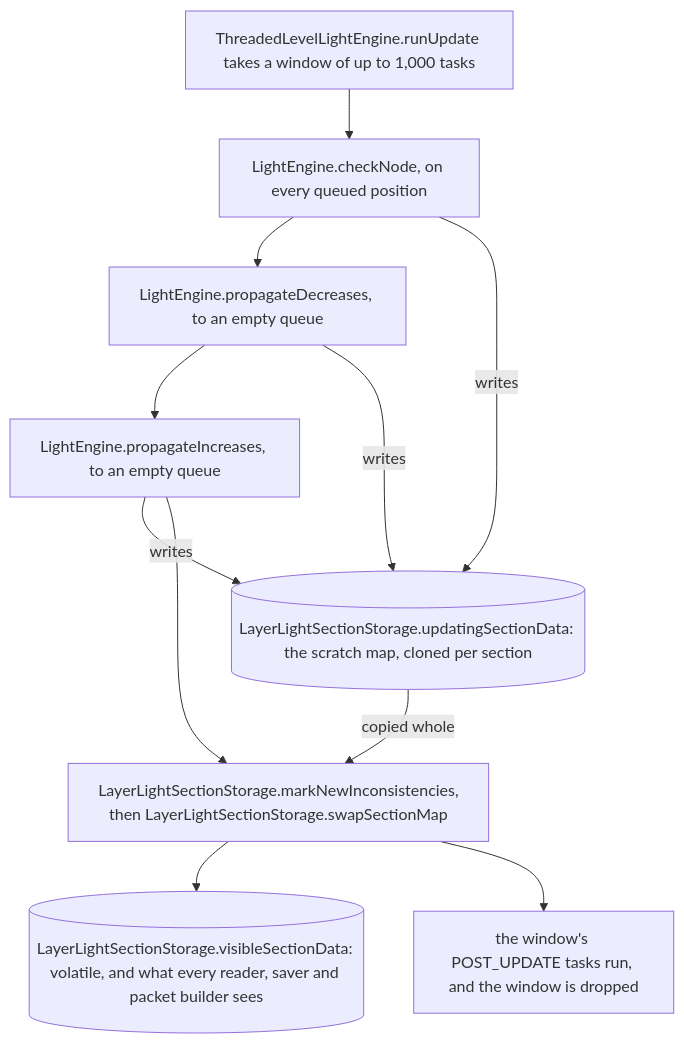
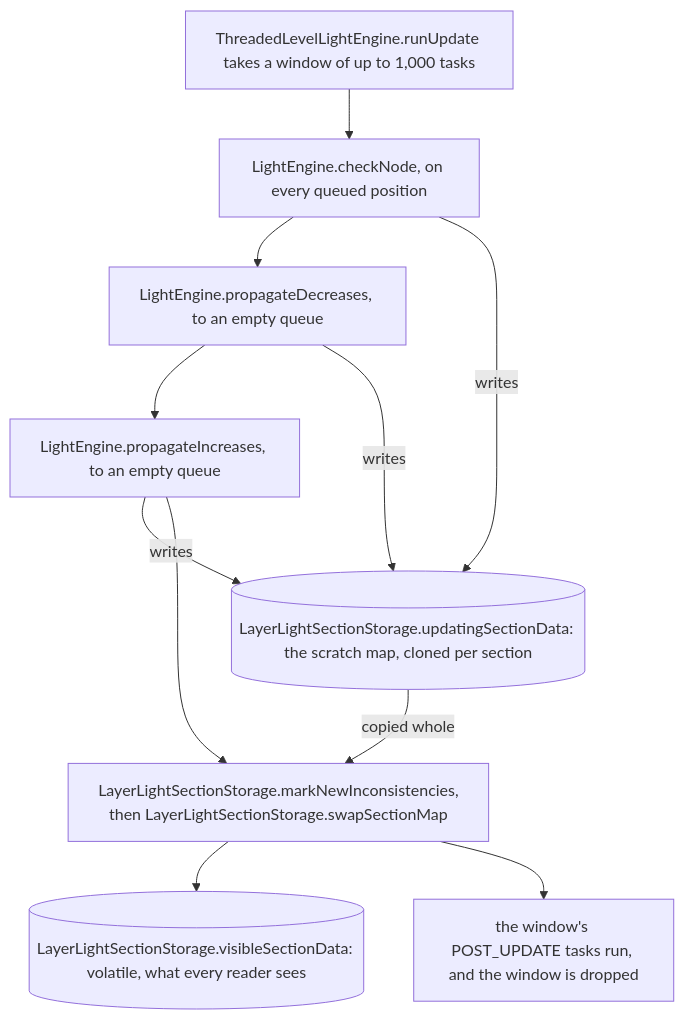
Before and after one commit to AlexanderjFraser/MinecraftDocs: the second of 2 diagrams in src/systems/world/lighting.md, drawn with Mermaid. The commit also changed other lines of this file and 20 other files, not shown here.

````diff
--- a/src/systems/world/lighting.md
+++ b/src/systems/world/lighting.md
@@ -169,21 +171,21 @@
 ```mermaid
 flowchart TD
     PRE["ThreadedLevelLightEngine.runUpdate takes a window of up to 1,000 tasks"]
     C["LightEngine.checkNode, on every queued position"]
     D["LightEngine.propagateDecreases, to an empty queue"]
     I["LightEngine.propagateIncreases, to an empty queue"]
     UP[("LayerLightSectionStorage.updatingSectionData: the scratch map, cloned per section")]
     S["LayerLightSectionStorage.markNewInconsistencies,<br/>then LayerLightSectionStorage.swapSectionMap"]
-    VIS[("LayerLightSectionStorage.visibleSectionData: volatile, and what every reader, saver and packet builder sees")]
+    VIS[("LayerLightSectionStorage.visibleSectionData: volatile, what every reader sees")]
     POST["the window's POST_UPDATE tasks run, and the window is dropped"]
     PRE --> C
     C --> D
     D --> I
     C -- "writes" --> UP
     D -- "writes" --> UP
     I -- "writes" --> UP
     I --> S
     UP -- "copied whole" --> S
     S --> VIS
     S --> POST
 ```
````
